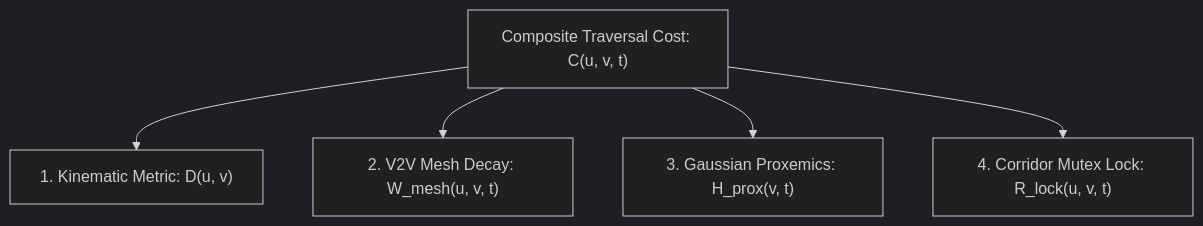
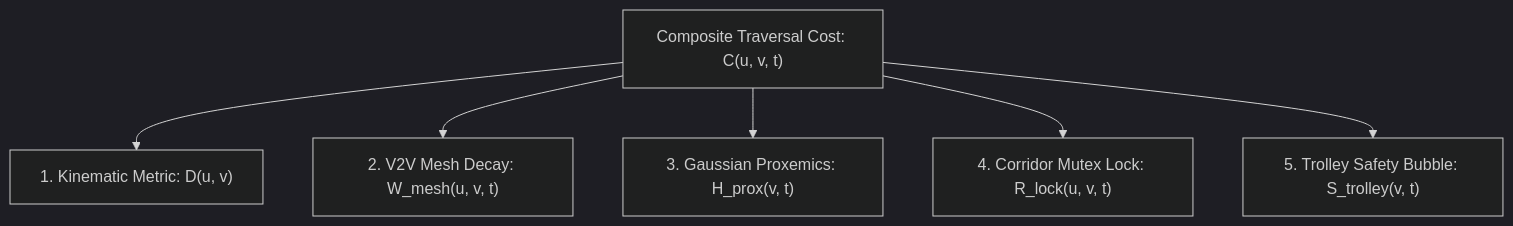
One commit to polla-fattah/D2RO changed the first of 2 diagrams in paper/methodology_and_formulation.md. Above: the diagram before and after it, drawn with Mermaid (dark theme). The commit also changed other lines of this file, not shown here.

````diff
--- a/paper/methodology_and_formulation.md
+++ b/paper/methodology_and_formulation.md
@@ -52,10 +52,11 @@
 ```mermaid
 flowchart TD
     Cost["Composite Traversal Cost: C(u, v, t)"]
     D["1. Kinematic Metric: D(u, v)"]
     W["2. V2V Mesh Decay: W_mesh(u, v, t)"]
     H["3. Gaussian Proxemics: H_prox(v, t)"]
     R["4. Corridor Mutex Lock: R_lock(u, v, t)"]
+    S["5. Trolley Safety Bubble: S_trolley(v, t)"]
 
-    Cost --> D & W & H & R
+    Cost --> D & W & H & R & S
 ```
````
